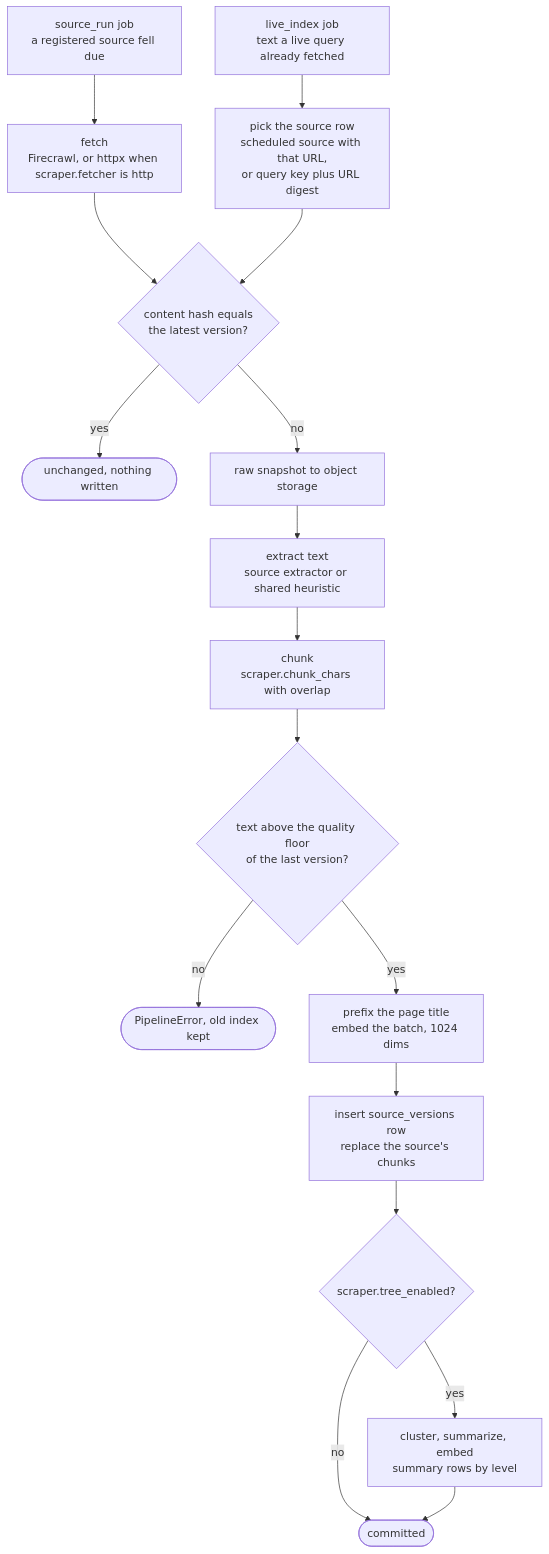
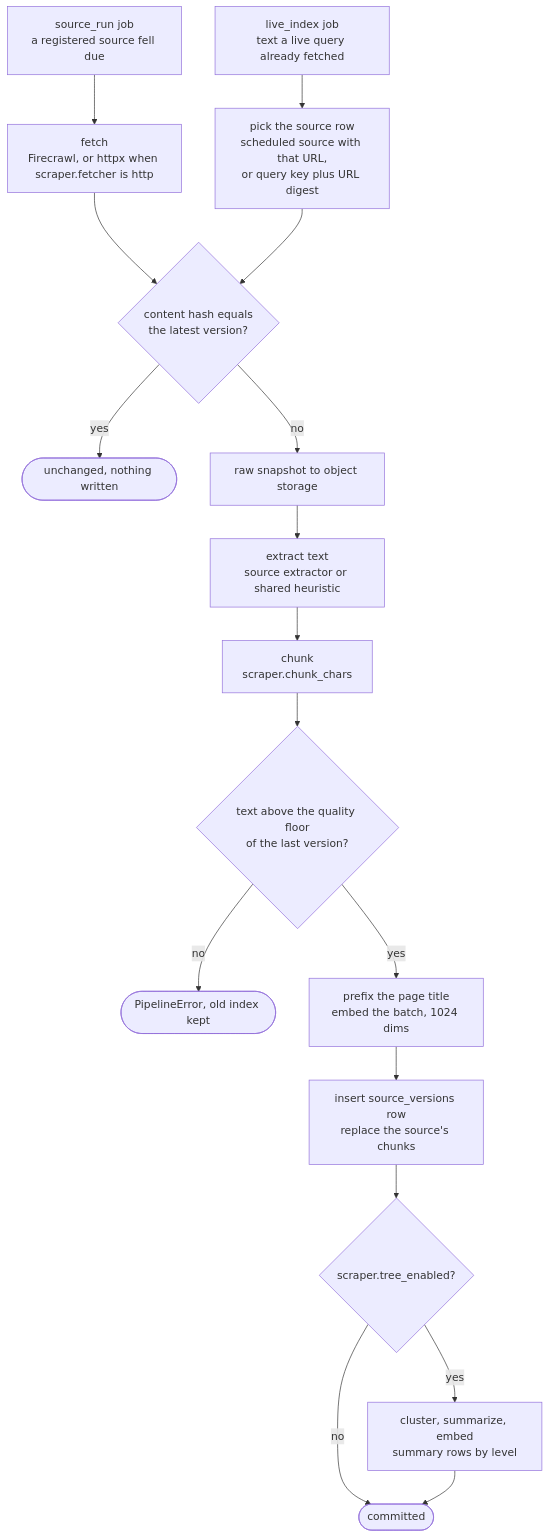
One commit to ashworks1706/SparkyAI changed the fifth of 10 diagrams in docs/ARCHITECTURE.md. Above: the diagram before and after it, drawn with Mermaid. The commit also changed other lines of this file and 10 other files, not shown here.

````diff
--- a/docs/ARCHITECTURE.md
+++ b/docs/ARCHITECTURE.md
@@ -445,19 +445,19 @@
 ```mermaid
 flowchart TD
     RUN["source_run job<br/>a registered source fell due"] --> FETCH["fetch<br/>Firecrawl, or httpx when scraper.fetcher is http"]
     LIVE["live_index job<br/>text a live query already fetched"] --> PAGE["pick the source row<br/>scheduled source with that URL,<br/>or query key plus URL digest"]
     FETCH --> HASH{"content hash equals<br/>the latest version?"}
     PAGE --> HASH
     HASH -->|yes| SKIP(["unchanged, nothing written"])
     HASH -->|no| SNAP["raw snapshot to object storage"]
     SNAP --> EXTRACT["extract text<br/>source extractor or shared heuristic"]
-    EXTRACT --> CHUNK["chunk<br/>scraper.chunk_chars with overlap"]
+    EXTRACT --> CHUNK["chunk<br/>scraper.chunk_chars"]
     CHUNK --> FLOOR{"text above the quality floor<br/>of the last version?"}
     FLOOR -->|no| REFUSE(["PipelineError, old index kept"])
     FLOOR -->|yes| EMBED["prefix the page title<br/>embed the batch, 1024 dims"]
     EMBED --> WRITE["insert source_versions row<br/>replace the source's chunks"]
     WRITE --> TREE{"scraper.tree_enabled?"}
     TREE -->|no| DONE(["committed"])
     TREE -->|yes| SUM["cluster, summarize, embed<br/>summary rows by level"]
     SUM --> DONE
 ```
````
